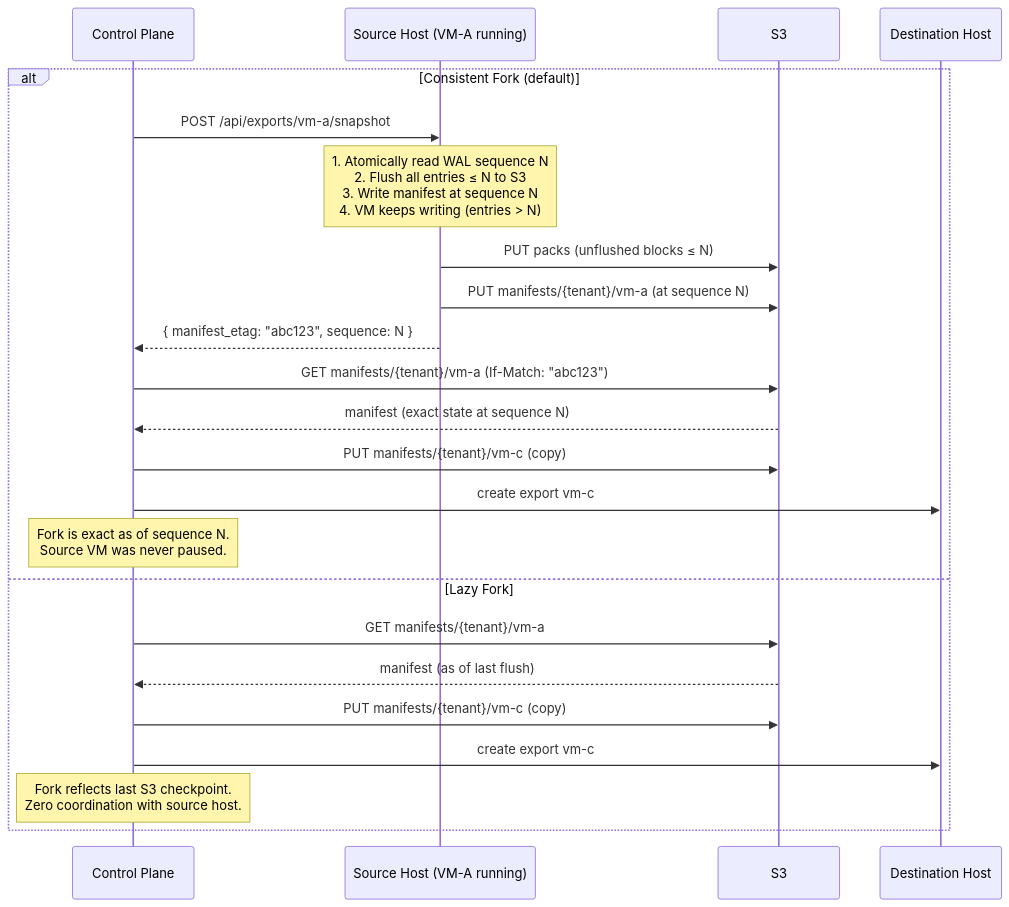
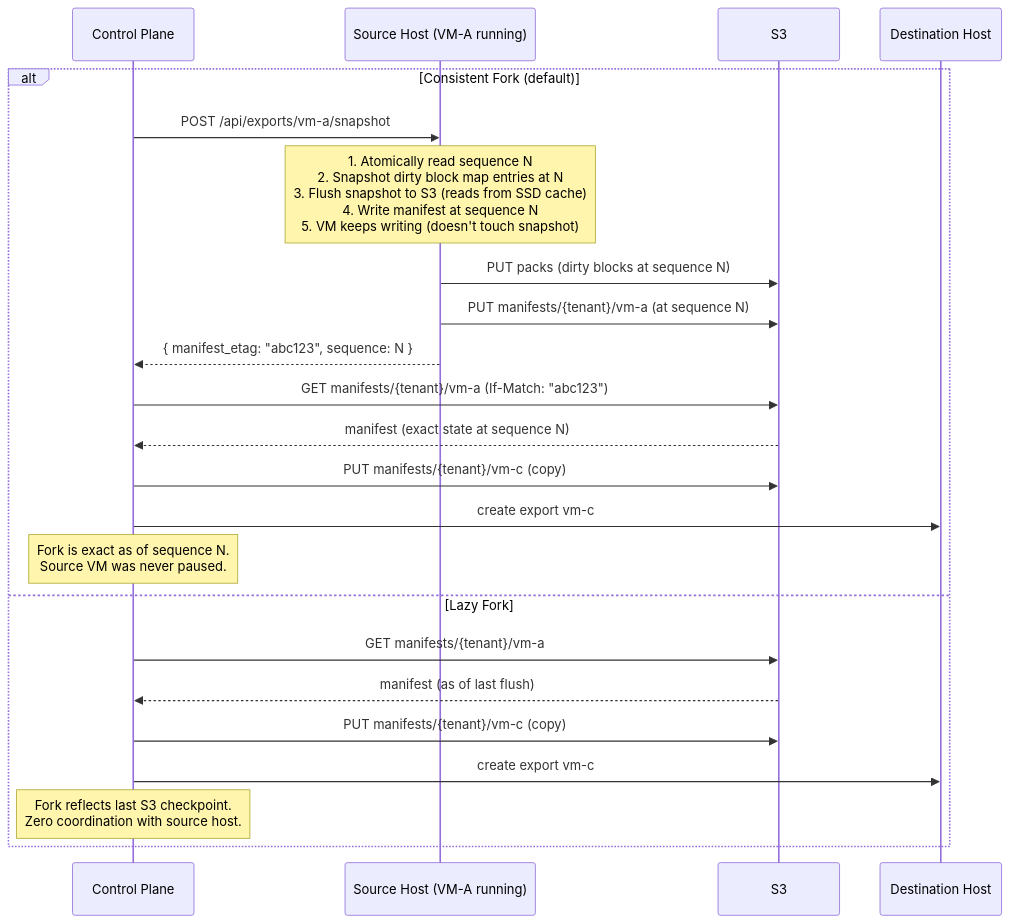
The eighth of 13 diagrams in GLIDEv2.md (paraglidehq/glidefs), drawn with Mermaid before and after one commit. The commit also changed other lines of this file, not shown here.

````diff
--- a/GLIDEv2.md
+++ b/GLIDEv2.md
@@ -507,28 +512,28 @@
 ```mermaid
 sequenceDiagram
     participant CP as Control Plane
     participant SRC as Source Host (VM-A running)
     participant S3 as S3
     participant DST as Destination Host
 
     alt Consistent Fork (default)
         CP->>SRC: POST /api/exports/vm-a/snapshot
-        Note over SRC: 1. Atomically read WAL sequence N<br/>2. Flush all entries ≤ N to S3<br/>3. Write manifest at sequence N<br/>4. VM keeps writing (entries > N)
-        SRC->>S3: PUT packs (unflushed blocks ≤ N)
+        Note over SRC: 1. Atomically read sequence N<br/>2. Snapshot dirty block map entries at N<br/>3. Flush snapshot to S3 (reads from SSD cache)<br/>4. Write manifest at sequence N<br/>5. VM keeps writing (doesn't touch snapshot)
+        SRC->>S3: PUT packs (dirty blocks at sequence N)
         SRC->>S3: PUT manifests/{tenant}/vm-a (at sequence N)
         SRC-->>CP: { manifest_etag: "abc123", sequence: N }
 
         CP->>S3: GET manifests/{tenant}/vm-a (If-Match: "abc123")
         S3-->>CP: manifest (exact state at sequence N)
         CP->>S3: PUT manifests/{tenant}/vm-c (copy)
         CP->>DST: create export vm-c
         Note over CP: Fork is exact as of sequence N.<br/>Source VM was never paused.
 
     else Lazy Fork
         CP->>S3: GET manifests/{tenant}/vm-a
         S3-->>CP: manifest (as of last flush)
         CP->>S3: PUT manifests/{tenant}/vm-c (copy)
         CP->>DST: create export vm-c
         Note over CP: Fork reflects last S3 checkpoint.<br/>Zero coordination with source host.
     end
 ```
````
